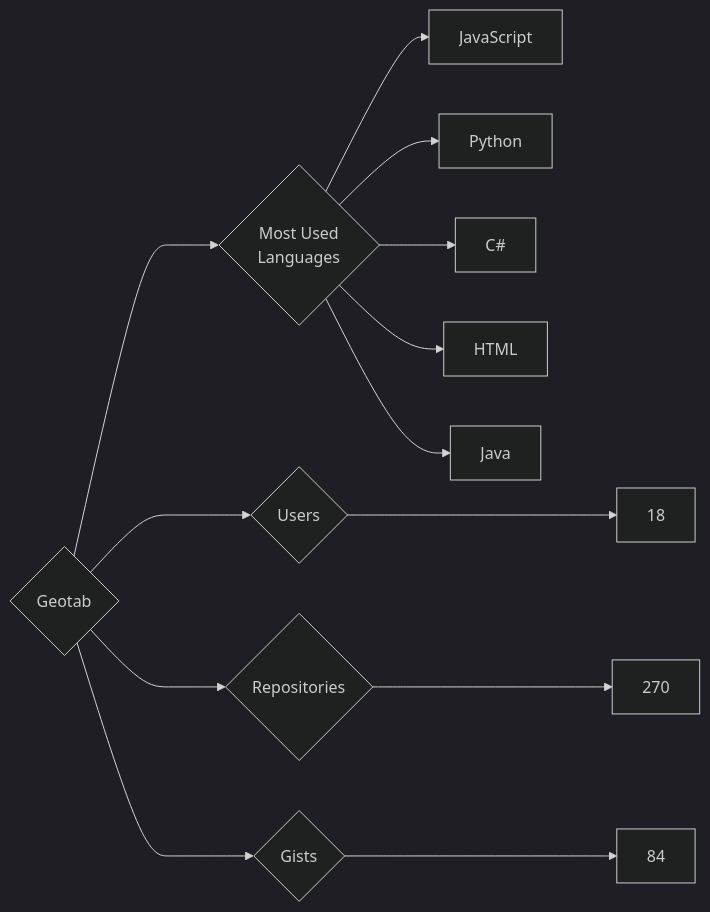
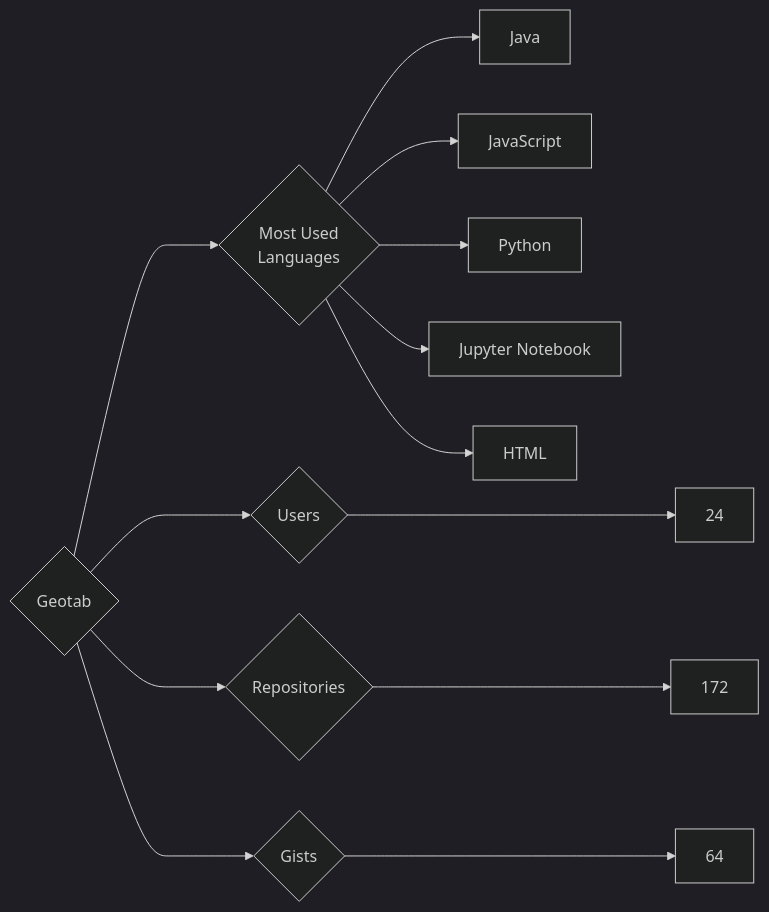
One commit to trickest/insiders changed the diagram in targets/Geotab/README.md. Above: the diagram before and after it, drawn with Mermaid (dark theme). The commit also changed 888 other files, not shown here.

````diff
--- a/targets/Geotab/README.md
+++ b/targets/Geotab/README.md
@@ -3,13 +3,13 @@
 ```mermaid
 graph LR
 COMPANY_NAME{Geotab}
-COMPANY_NAME ---> U{Users} ---> UN[18]
-COMPANY_NAME ---> R{Repositories} ---> RN[270]
-COMPANY_NAME ---> G{Gists} ---> GN[84]
+COMPANY_NAME ---> U{Users} ---> UN[24]
+COMPANY_NAME ---> R{Repositories} ---> RN[172]
+COMPANY_NAME ---> G{Gists} ---> GN[64]
 COMPANY_NAME ---> ML{Most Used<br>Languages}
+ML --> Java[Java]
 ML --> JavaScript[JavaScript]
 ML --> Python[Python]
-ML --> C#[C#]
+ML --> Jupyter_Notebook[Jupyter Notebook]
 ML --> HTML[HTML]
-ML --> Java[Java]
 ```
````
